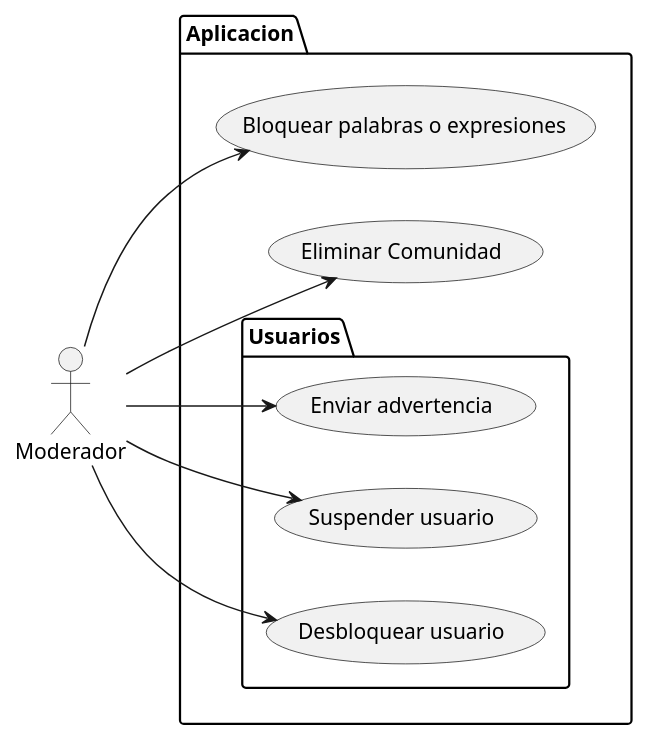
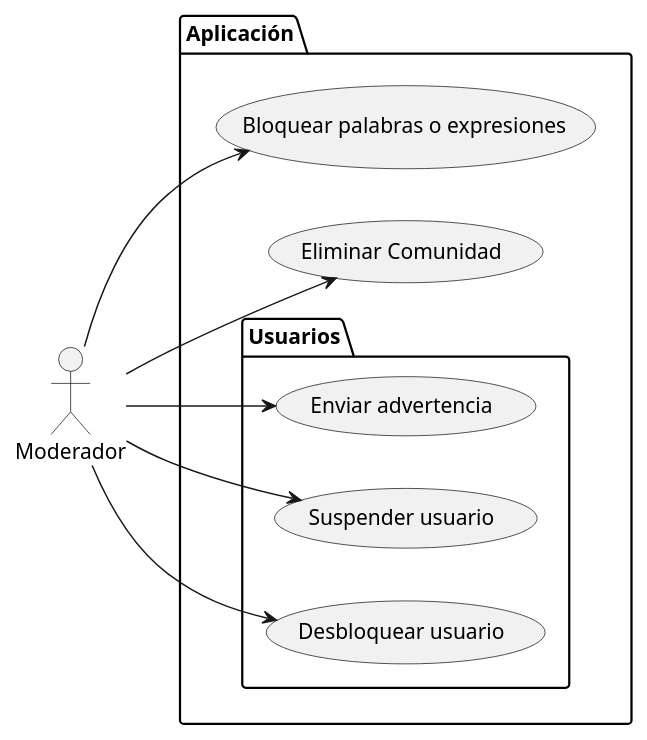
One commit to miguelgomez75/24-25-IdSw1-SDR changed the diagram in CdU/DdCdUso_Moderador/7ª_Iteración/DdCdU_Moderador_Us.puml. Above: the diagram before and after it, drawn with PlantUML.

```diff
--- a/CdU/DdCdUso_Moderador/7ª_Iteración/DdCdU_Moderador_Us.puml
+++ b/CdU/DdCdUso_Moderador/7ª_Iteración/DdCdU_Moderador_Us.puml
@@ -1,24 +1,24 @@
 @startuml
 left to right direction
 actor Moderador
 
-package Aplicacion{
+package Aplicación{
 
 together{
         usecase "Bloquear palabras o expresiones" as UC7
         usecase "Eliminar Comunidad" as UC9
     }
  package Usuarios{
         usecase "Enviar advertencia" as UC5
         usecase "Suspender usuario" as UC3
         usecase "Desbloquear usuario" as UC8
     }
 }
 
 Moderador --> UC3
 Moderador --> UC5
 Moderador --> UC7
 Moderador --> UC8
 Moderador --> UC9
 
 @enduml
```
